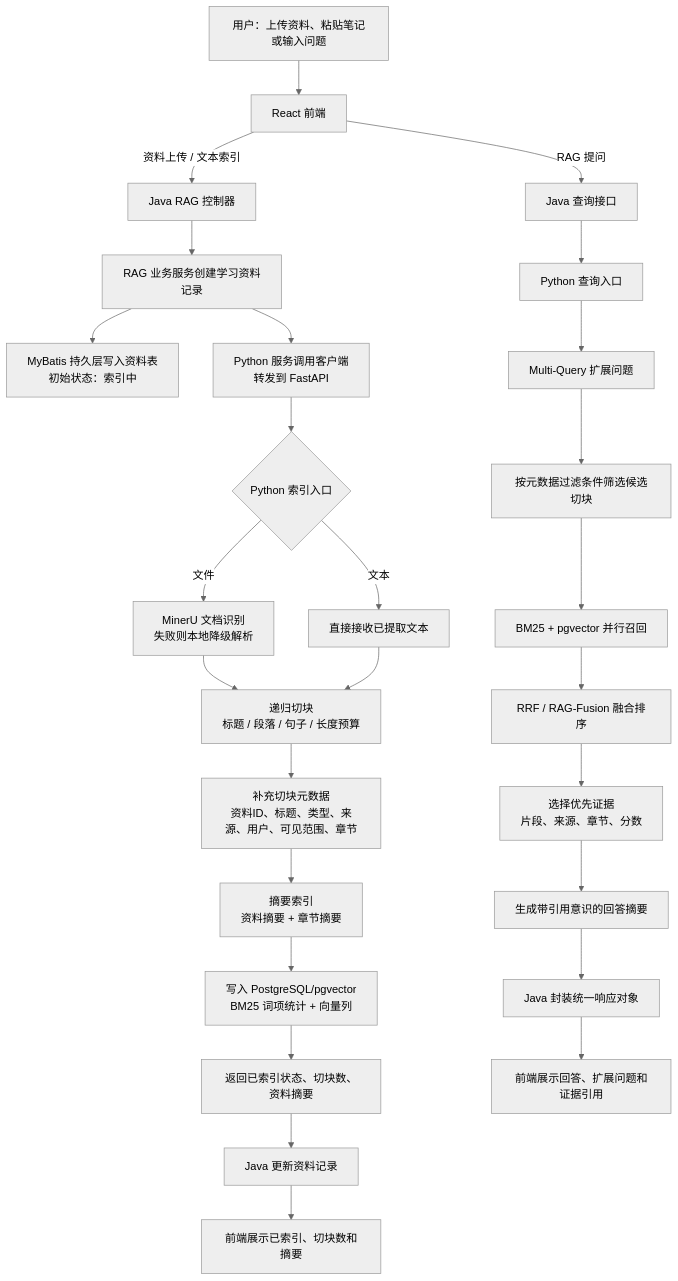
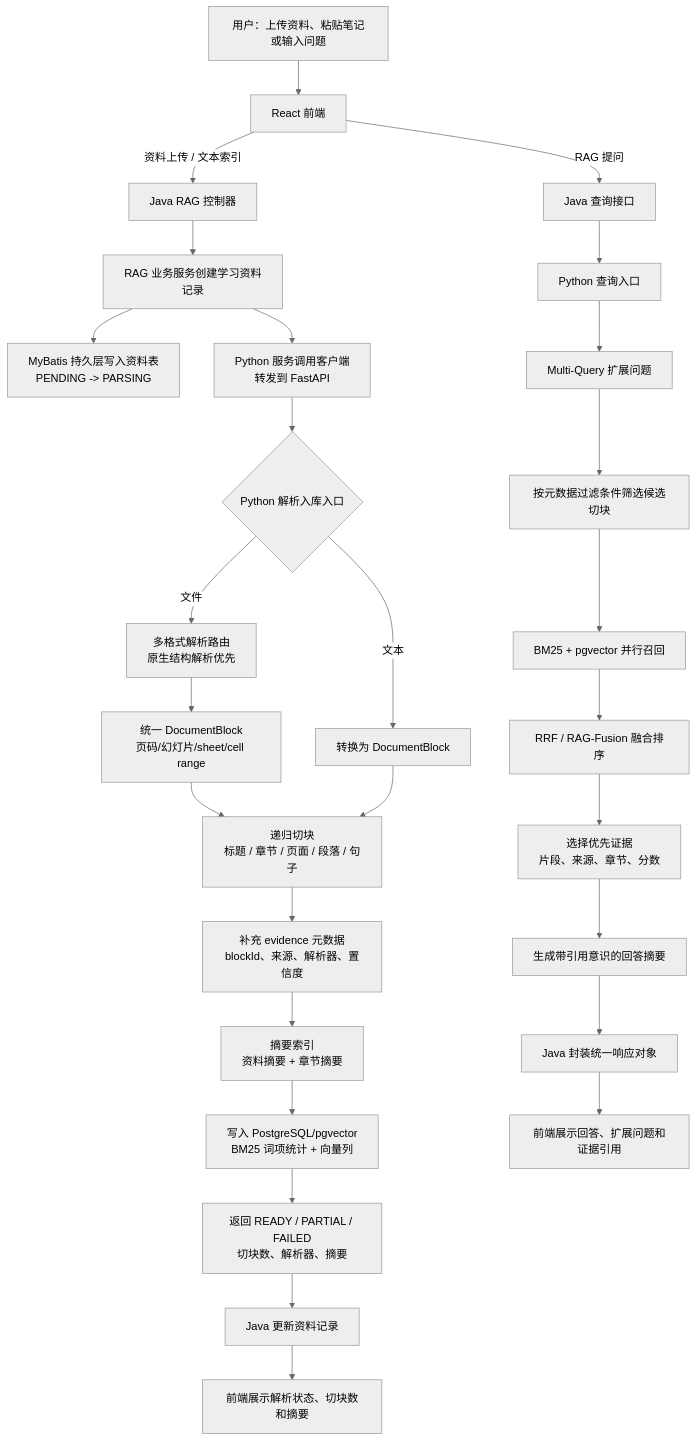
One commit to HeWhenJay/Multimodal-RAG-Agent-Learning-Evidence-Platform changed the first of 4 diagrams in README.md. Above: the diagram before and after it, drawn with Mermaid (neutral theme). The commit also changed other lines of this file and 34 other files, not shown here.

````diff
--- a/README.md
+++ b/README.md
@@ -22,32 +22,33 @@
 ```mermaid
 flowchart TD
     U["用户：上传资料、粘贴笔记或输入问题"] --> FE["React 前端"]
 
     FE -->|"资料上传 / 文本索引"| JC["Java RAG 控制器"]
     JC --> JS["RAG 业务服务创建学习资料记录"]
-    JS --> DB["MyBatis 持久层写入资料表<br/>初始状态：索引中"]
+    JS --> DB["MyBatis 持久层写入资料表<br/>PENDING -> PARSING"]
     JS --> PC["Python 服务调用客户端<br/>转发到 FastAPI"]
 
-    PC --> PYI{"Python 索引入口"}
-    PYI -->|"文件"| MU["MinerU 文档识别<br/>失败则本地降级解析"]
-    PYI -->|"文本"| TXT["直接接收已提取文本"]
-    MU --> CH["递归切块<br/>标题 / 段落 / 句子 / 长度预算"]
+    PC --> PYI{"Python 解析入库入口"}
+    PYI -->|"文件"| ROUTE["多格式解析路由<br/>原生结构解析优先"]
+    PYI -->|"文本"| TXT["转换为 DocumentBlock"]
+    ROUTE --> BLOCK["统一 DocumentBlock<br/>页码/幻灯片/sheet/cell range"]
+    BLOCK --> CH["递归切块<br/>标题 / 章节 / 页面 / 段落 / 句子"]
     TXT --> CH
-    CH --> META["补充切块元数据<br/>资料ID、标题、类型、来源、用户、可见范围、章节"]
+    CH --> META["补充 evidence 元数据<br/>blockId、来源、解析器、置信度"]
     META --> SUM["摘要索引<br/>资料摘要 + 章节摘要"]
     SUM --> IDX["写入 PostgreSQL/pgvector<br/>BM25 词项统计 + 向量列"]
-    IDX --> IR["返回已索引状态、切块数、资料摘要"]
+    IDX --> IR["返回 READY / PARTIAL / FAILED<br/>切块数、解析器、摘要"]
     IR --> JU["Java 更新资料记录"]
-    JU --> FEI["前端展示已索引、切块数和摘要"]
+    JU --> FEI["前端展示解析状态、切块数和摘要"]
 
     FE -->|"RAG 提问"| JQ["Java 查询接口"]
     JQ --> PQ["Python 查询入口"]
     PQ --> MQ["Multi-Query 扩展问题"]
     MQ --> FILTER["按元数据过滤条件筛选候选切块"]
     FILTER --> RET["BM25 + pgvector 并行召回"]
     RET --> FUSE["RRF / RAG-Fusion 融合排序"]
     FUSE --> EV["选择优先证据<br/>片段、来源、章节、分数"]
     EV --> ANS["生成带引用意识的回答摘要"]
     ANS --> JR["Java 封装统一响应对象"]
     JR --> UI["前端展示回答、扩展问题和证据引用"]
 ```
````
